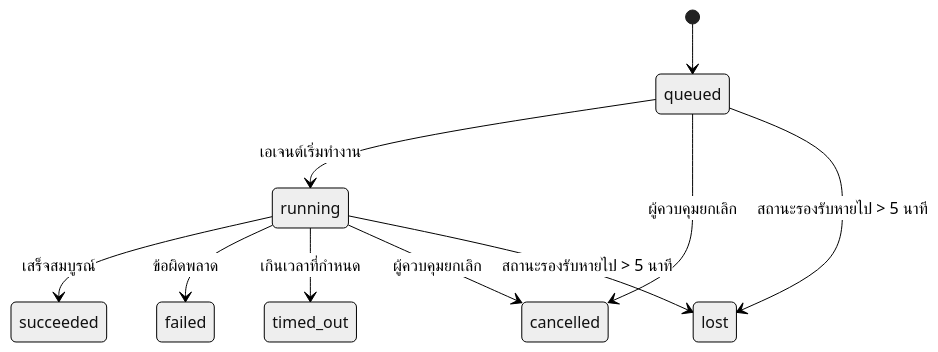
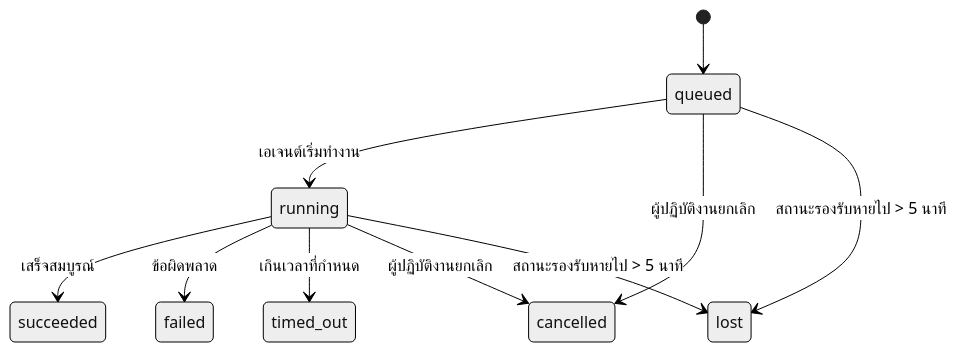
Before and after one commit to openclaw/docs: the diagram in docs/th/automation/tasks.md, drawn with Mermaid (neutral theme). The commit also changed other lines of this file and 1235 other files, not shown here.

````diff
--- a/docs/th/automation/tasks.md
+++ b/docs/th/automation/tasks.md
@@ -125,12 +126,12 @@
 ```mermaid
 stateDiagram-v2
     [*] --> queued
     queued --> running : เอเจนต์เริ่มทำงาน
     running --> succeeded : เสร็จสมบูรณ์
     running --> failed : ข้อผิดพลาด
     running --> timed_out : เกินเวลาที่กำหนด
-    queued --> cancelled : ผู้ควบคุมยกเลิก
-    running --> cancelled : ผู้ควบคุมยกเลิก
+    queued --> cancelled : ผู้ปฏิบัติงานยกเลิก
+    running --> cancelled : ผู้ปฏิบัติงานยกเลิก
     queued --> lost : สถานะรองรับหายไป > 5 นาที
     running --> lost : สถานะรองรับหายไป > 5 นาที
 ```
````
